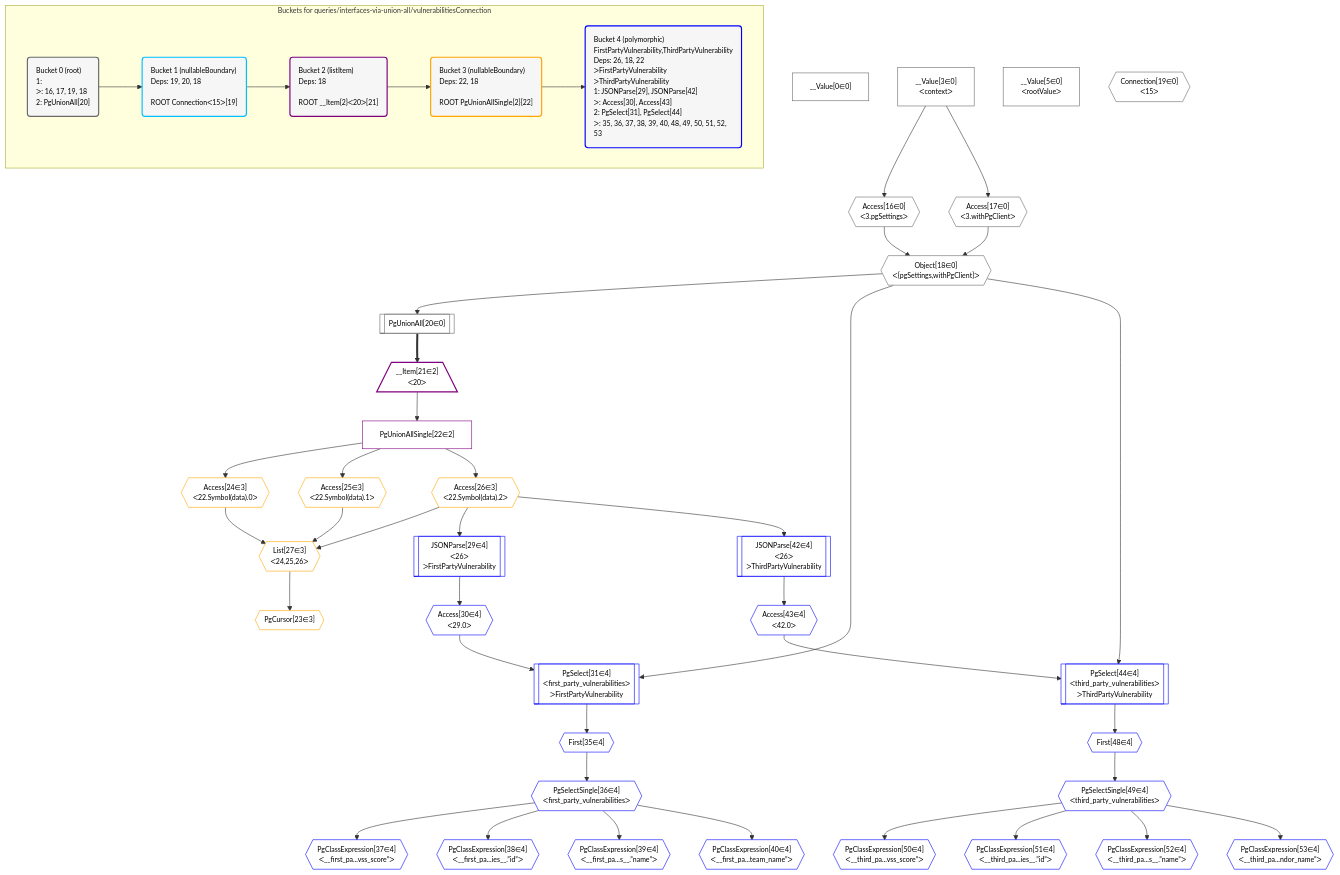
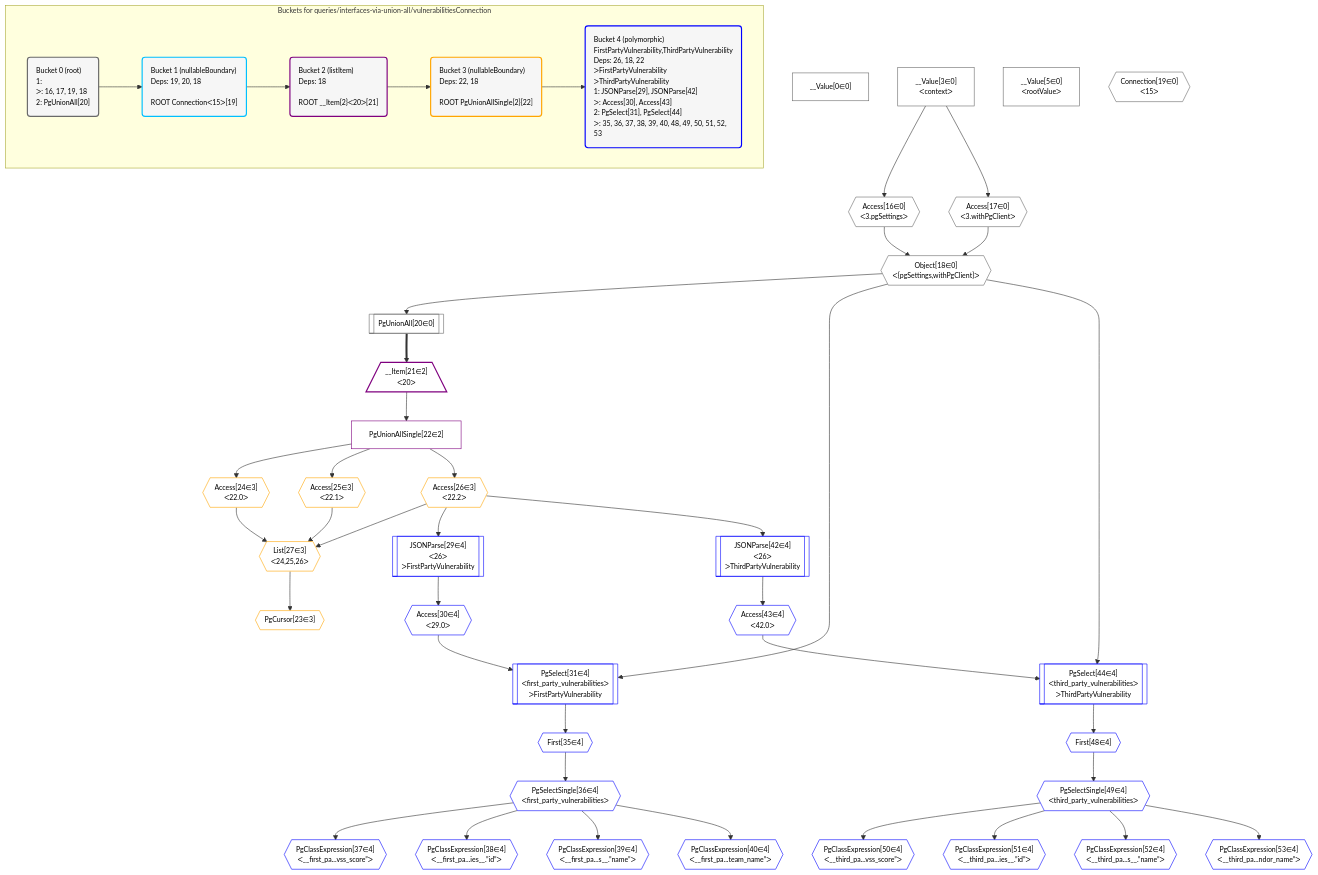
One commit to graphile/crystal changed the diagram in grafast/dataplan-pg/__tests__/queries/interfaces-via-union-all/vulnerabilitiesConnection.mermaid. Above: the diagram before and after it, drawn with Mermaid. The commit also changed 8 other files, not shown here.

```diff
--- a/grafast/dataplan-pg/__tests__/queries/interfaces-via-union-all/vulnerabilitiesConnection.mermaid
+++ b/grafast/dataplan-pg/__tests__/queries/interfaces-via-union-all/vulnerabilitiesConnection.mermaid
@@ -1,97 +1,97 @@
 %%{init: {'themeVariables': { 'fontSize': '12px'}}}%%
 graph TD
     classDef path fill:#eee,stroke:#000,color:#000
     classDef plan fill:#fff,stroke-width:1px,color:#000
     classDef itemplan fill:#fff,stroke-width:2px,color:#000
     classDef unbatchedplan fill:#dff,stroke-width:1px,color:#000
     classDef sideeffectplan fill:#fcc,stroke-width:2px,color:#000
     classDef bucket fill:#f6f6f6,color:#000,stroke-width:2px,text-align:left
 
 
     %% define steps
     __Value0["__Value[0∈0]"]:::plan
     __Value3["__Value[3∈0]<br />ᐸcontextᐳ"]:::plan
     __Value5["__Value[5∈0]<br />ᐸrootValueᐳ"]:::plan
     Access16{{"Access[16∈0]<br />ᐸ3.pgSettingsᐳ"}}:::plan
     Access17{{"Access[17∈0]<br />ᐸ3.withPgClientᐳ"}}:::plan
     Object18{{"Object[18∈0]<br />ᐸ{pgSettings,withPgClient}ᐳ"}}:::plan
     Connection19{{"Connection[19∈0]<br />ᐸ15ᐳ"}}:::plan
     PgUnionAll20[["PgUnionAll[20∈0]"]]:::plan
     __Item21[/"__Item[21∈2]<br />ᐸ20ᐳ"\]:::itemplan
     PgUnionAllSingle22["PgUnionAllSingle[22∈2]"]:::plan
-    Access24{{"Access[24∈3]<br />ᐸ22.Symbol(data).0ᐳ"}}:::plan
-    Access25{{"Access[25∈3]<br />ᐸ22.Symbol(data).1ᐳ"}}:::plan
-    Access26{{"Access[26∈3]<br />ᐸ22.Symbol(data).2ᐳ"}}:::plan
+    Access24{{"Access[24∈3]<br />ᐸ22.0ᐳ"}}:::plan
+    Access25{{"Access[25∈3]<br />ᐸ22.1ᐳ"}}:::plan
+    Access26{{"Access[26∈3]<br />ᐸ22.2ᐳ"}}:::plan
     List27{{"List[27∈3]<br />ᐸ24,25,26ᐳ"}}:::plan
     PgCursor23{{"PgCursor[23∈3]"}}:::plan
     JSONParse29[["JSONParse[29∈4]<br />ᐸ26ᐳ<br />ᐳFirstPartyVulnerability"]]:::plan
     Access30{{"Access[30∈4]<br />ᐸ29.0ᐳ"}}:::plan
     PgSelect31[["PgSelect[31∈4]<br />ᐸfirst_party_vulnerabilitiesᐳ<br />ᐳFirstPartyVulnerability"]]:::plan
     First35{{"First[35∈4]"}}:::plan
     PgSelectSingle36{{"PgSelectSingle[36∈4]<br />ᐸfirst_party_vulnerabilitiesᐳ"}}:::plan
     PgClassExpression37{{"PgClassExpression[37∈4]<br />ᐸ__first_pa...vss_score”ᐳ"}}:::plan
     PgClassExpression38{{"PgClassExpression[38∈4]<br />ᐸ__first_pa...ies__.”id”ᐳ"}}:::plan
     PgClassExpression39{{"PgClassExpression[39∈4]<br />ᐸ__first_pa...s__.”name”ᐳ"}}:::plan
     PgClassExpression40{{"PgClassExpression[40∈4]<br />ᐸ__first_pa...team_name”ᐳ"}}:::plan
     JSONParse42[["JSONParse[42∈4]<br />ᐸ26ᐳ<br />ᐳThirdPartyVulnerability"]]:::plan
     Access43{{"Access[43∈4]<br />ᐸ42.0ᐳ"}}:::plan
     PgSelect44[["PgSelect[44∈4]<br />ᐸthird_party_vulnerabilitiesᐳ<br />ᐳThirdPartyVulnerability"]]:::plan
     First48{{"First[48∈4]"}}:::plan
     PgSelectSingle49{{"PgSelectSingle[49∈4]<br />ᐸthird_party_vulnerabilitiesᐳ"}}:::plan
     PgClassExpression50{{"PgClassExpression[50∈4]<br />ᐸ__third_pa...vss_score”ᐳ"}}:::plan
     PgClassExpression51{{"PgClassExpression[51∈4]<br />ᐸ__third_pa...ies__.”id”ᐳ"}}:::plan
     PgClassExpression52{{"PgClassExpression[52∈4]<br />ᐸ__third_pa...s__.”name”ᐳ"}}:::plan
     PgClassExpression53{{"PgClassExpression[53∈4]<br />ᐸ__third_pa...ndor_name”ᐳ"}}:::plan
 
     %% plan dependencies
     __Value3 --> Access16
     __Value3 --> Access17
     Access16 & Access17 --> Object18
     Object18 --> PgUnionAll20
     PgUnionAll20 ==> __Item21
     __Item21 --> PgUnionAllSingle22
     PgUnionAllSingle22 --> Access24
     PgUnionAllSingle22 --> Access25
     PgUnionAllSingle22 --> Access26
     Access24 & Access25 & Access26 --> List27
     List27 --> PgCursor23
     Access26 --> JSONParse29
     JSONParse29 --> Access30
     Object18 & Access30 --> PgSelect31
     PgSelect31 --> First35
     First35 --> PgSelectSingle36
     PgSelectSingle36 --> PgClassExpression37
     PgSelectSingle36 --> PgClassExpression38
     PgSelectSingle36 --> PgClassExpression39
     PgSelectSingle36 --> PgClassExpression40
     Access26 --> JSONParse42
     JSONParse42 --> Access43
     Object18 & Access43 --> PgSelect44
     PgSelect44 --> First48
     First48 --> PgSelectSingle49
     PgSelectSingle49 --> PgClassExpression50
     PgSelectSingle49 --> PgClassExpression51
     PgSelectSingle49 --> PgClassExpression52
     PgSelectSingle49 --> PgClassExpression53
 
     subgraph "Buckets for queries/interfaces-via-union-all/vulnerabilitiesConnection"
     Bucket0("Bucket 0 (root)<br />1: <br />ᐳ: 16, 17, 19, 18<br />2: PgUnionAll[20]"):::bucket
     classDef bucket0 stroke:#696969
     class Bucket0,__Value0,__Value3,__Value5,Access16,Access17,Object18,Connection19,PgUnionAll20 bucket0
     Bucket1("Bucket 1 (nullableBoundary)<br />Deps: 19, 20, 18<br /><br />ROOT Connectionᐸ15ᐳ[19]"):::bucket
     classDef bucket1 stroke:#00bfff
     class Bucket1 bucket1
     Bucket2("Bucket 2 (listItem)<br />Deps: 18<br /><br />ROOT __Item{2}ᐸ20ᐳ[21]"):::bucket
     classDef bucket2 stroke:#7f007f
     class Bucket2,__Item21,PgUnionAllSingle22 bucket2
     Bucket3("Bucket 3 (nullableBoundary)<br />Deps: 22, 18<br /><br />ROOT PgUnionAllSingle{2}[22]"):::bucket
     classDef bucket3 stroke:#ffa500
     class Bucket3,PgCursor23,Access24,Access25,Access26,List27 bucket3
     Bucket4("Bucket 4 (polymorphic)<br />FirstPartyVulnerability,ThirdPartyVulnerability<br />Deps: 26, 18, 22<br />ᐳFirstPartyVulnerability<br />ᐳThirdPartyVulnerability<br />1: JSONParse[29], JSONParse[42]<br />ᐳ: Access[30], Access[43]<br />2: PgSelect[31], PgSelect[44]<br />ᐳ: 35, 36, 37, 38, 39, 40, 48, 49, 50, 51, 52, 53"):::bucket
     classDef bucket4 stroke:#0000ff
     class Bucket4,JSONParse29,Access30,PgSelect31,First35,PgSelectSingle36,PgClassExpression37,PgClassExpression38,PgClassExpression39,PgClassExpression40,JSONParse42,Access43,PgSelect44,First48,PgSelectSingle49,PgClassExpression50,PgClassExpression51,PgClassExpression52,PgClassExpression53 bucket4
     Bucket0 --> Bucket1
     Bucket1 --> Bucket2
     Bucket2 --> Bucket3
     Bucket3 --> Bucket4
     end
```
